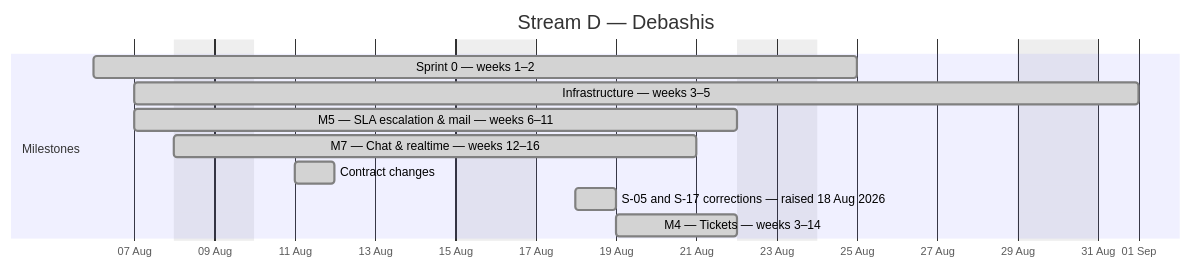
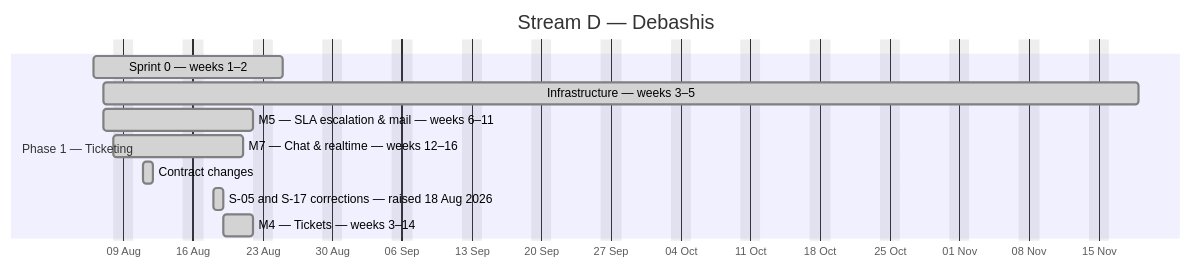
The fourth of 4 diagrams in docs/plan/GANTT.md (debashisedunext/EduTrack), drawn with Mermaid before and after one commit. The commit also changed other lines of this file and 9 other files, not shown here.

````diff
--- a/docs/plan/GANTT.md
+++ b/docs/plan/GANTT.md
@@ -118,15 +203,15 @@
 ```mermaid
 gantt
     dateFormat YYYY-MM-DD
     axisFormat %d %b
     title Stream D — Debashis
     excludes weekends
-    section Milestones
+    section Phase 1 — Ticketing
     Sprint 0 — weeks 1–2 :done, d0, 2026-08-06, 13d
-    Infrastructure — weeks 3–5 :done, d1, 2026-08-07, 17d
+    Infrastructure — weeks 3–5 :done, d1, 2026-08-07, 74d
     M5 — SLA  escalation & mail — weeks 6–11 :done, d2, 2026-08-07, 11d
     M7 — Chat & realtime — weeks 12–16 :done, d3, 2026-08-08, 10d
     Contract changes :done, d4, 2026-08-11, 1d
     S-05 and S-17 corrections — raised 18 Aug 2026 :done, d5, 2026-08-18, 1d
     M4 — Tickets — weeks 3–14 :done, d6, 2026-08-19, 3d
 ```
````
